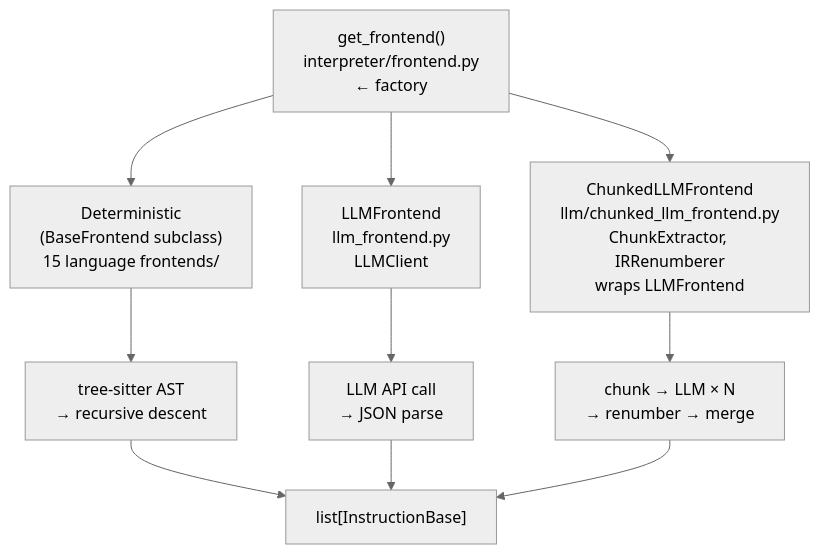
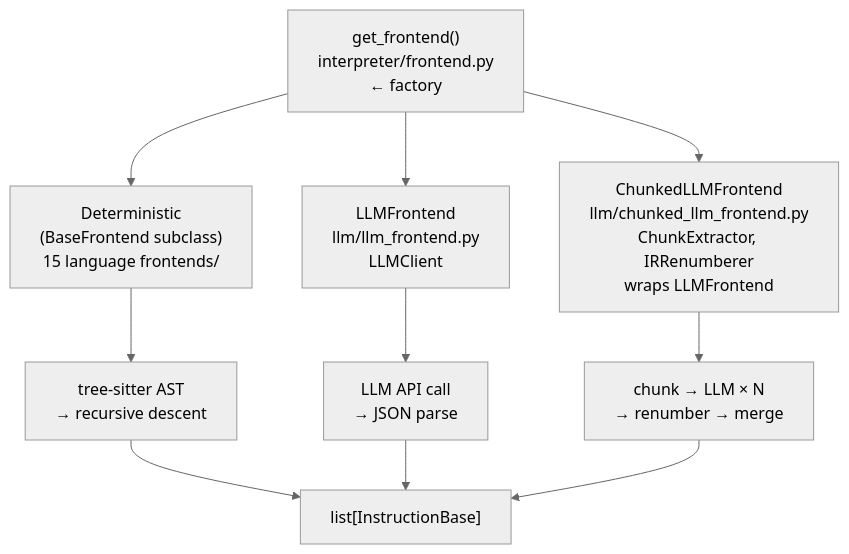
Before and after one commit to avishek-sen-gupta/red-dragon: the first of 2 diagrams in docs/notes-on-frontend-design.md, drawn with Mermaid (neutral theme). The commit also changed other lines of this file and 10 other files, not shown here.

````diff
--- a/docs/notes-on-frontend-design.md
+++ b/docs/notes-on-frontend-design.md
@@ -39,24 +39,24 @@
 ```mermaid
 flowchart TD
     factory["get_frontend()\ninterpreter/frontend.py\n← factory"]
 
     det["Deterministic\n(BaseFrontend subclass)\n15 language frontends/"]
-    llm["LLMFrontend\nllm_frontend.py\nLLMClient"]
+    llm["LLMFrontend\nllm/llm_frontend.py\nLLMClient"]
     chunked["ChunkedLLMFrontend\nllm/chunked_llm_frontend.py\nChunkExtractor, IRRenumberer\nwraps LLMFrontend"]
 
     factory --> det & llm & chunked
 
     det_impl["tree-sitter AST\n→ recursive descent"]
     llm_impl["LLM API call\n→ JSON parse"]
     chunked_impl["chunk → LLM × N\n→ renumber → merge"]
 
     det --> det_impl
     llm --> llm_impl
     chunked --> chunked_impl
 
     ir["list[InstructionBase]"]
 
     det_impl --> ir
     llm_impl --> ir
     chunked_impl --> ir
 ```
````
